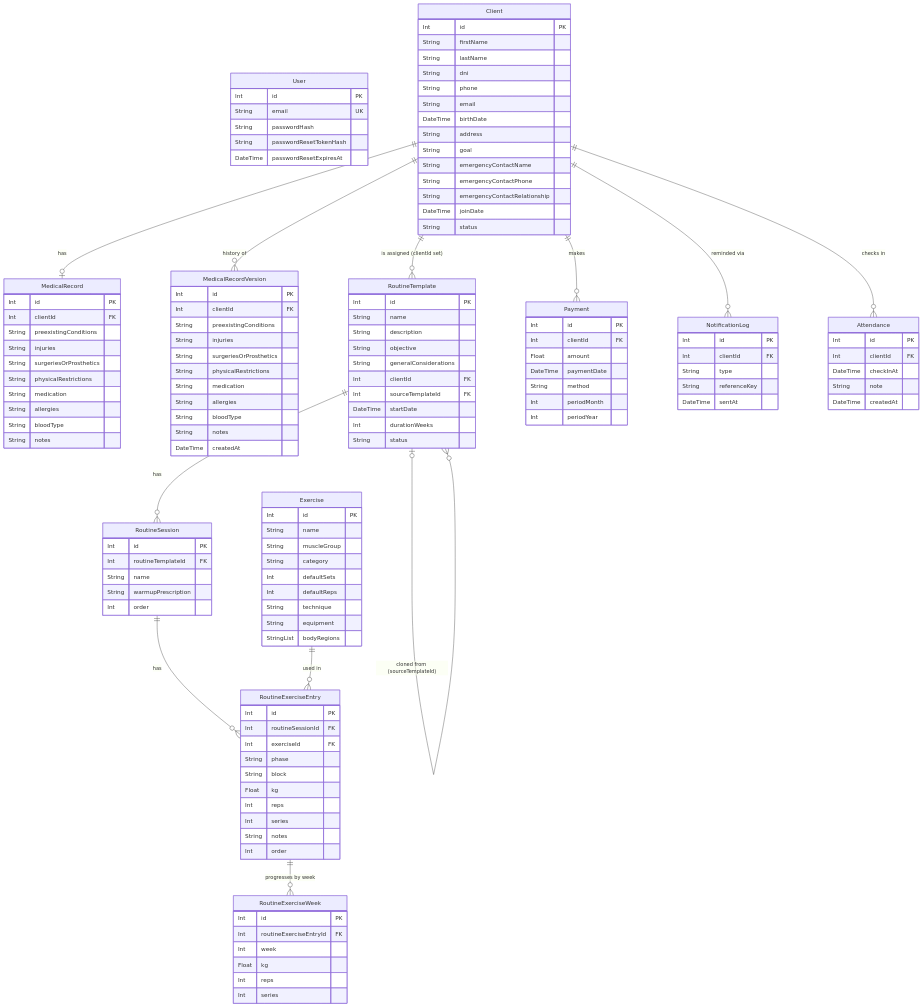
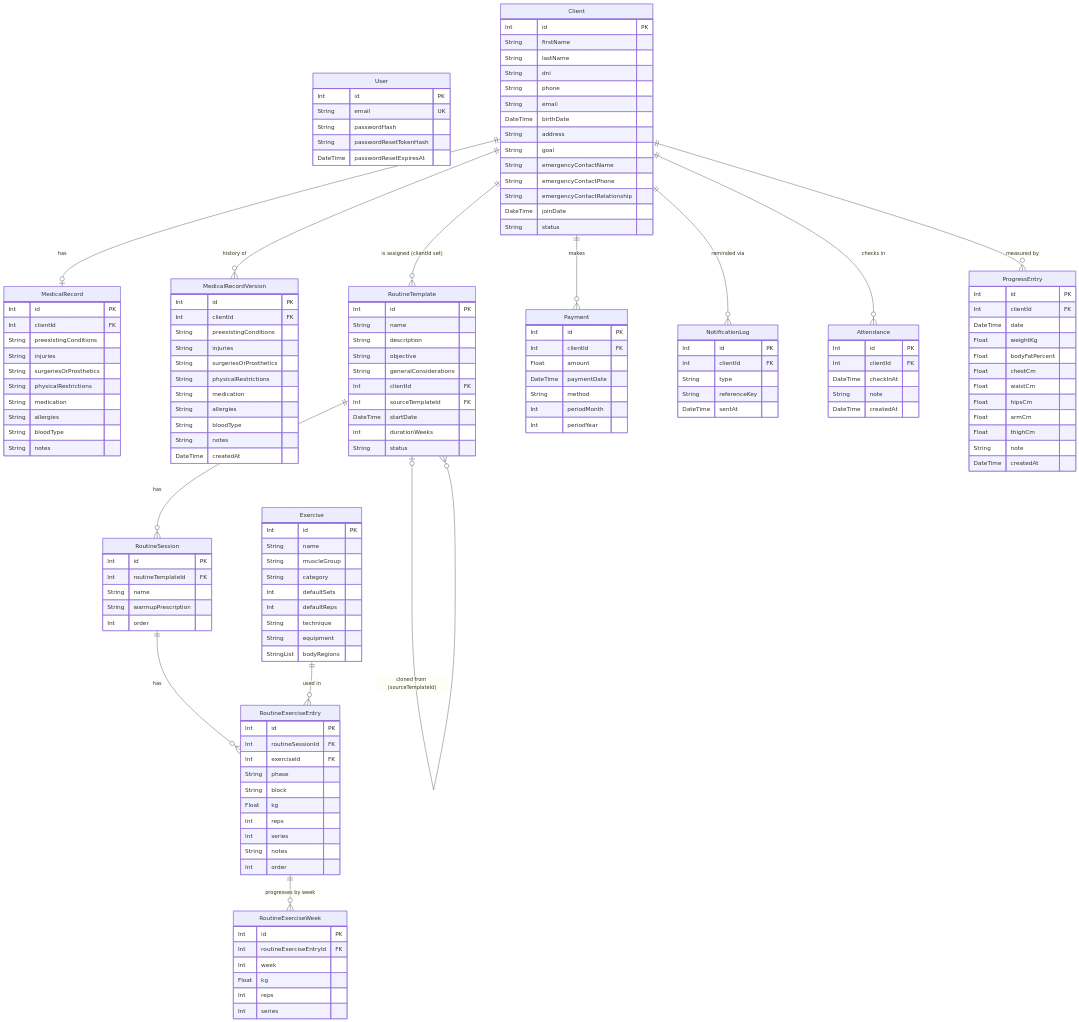
One commit to leortega33/AI4Devs-finalproject changed the diagram in docs/data-model.md. Above: the diagram before and after it, drawn with Mermaid. The commit also changed other lines of this file and 36 other files, not shown here.

Commit message:
feat(progress): client measurement tracking (US-026)

```diff
--- a/docs/data-model.md
+++ b/docs/data-model.md
@@ -325,6 +342,20 @@
         String note
         DateTime createdAt
     }
+    ProgressEntry {
+        Int id PK
+        Int clientId FK
+        DateTime date
+        Float weightKg
+        Float bodyFatPercent
+        Float chestCm
+        Float waistCm
+        Float hipsCm
+        Float armCm
+        Float thighCm
+        String note
+        DateTime createdAt
+    }
 
     Client ||--o| MedicalRecord : "has"
     Client ||--o{ MedicalRecordVersion : "history of"
@@ -332,6 +363,7 @@
     Client ||--o{ Payment : "makes"
     Client ||--o{ NotificationLog : "reminded via"
     Client ||--o{ Attendance : "checks in"
+    Client ||--o{ ProgressEntry : "measured by"
 
     RoutineTemplate ||--o{ RoutineSession : "has"
     RoutineTemplate |o--o{ RoutineTemplate : "cloned from (sourceTemplateId)"
```
